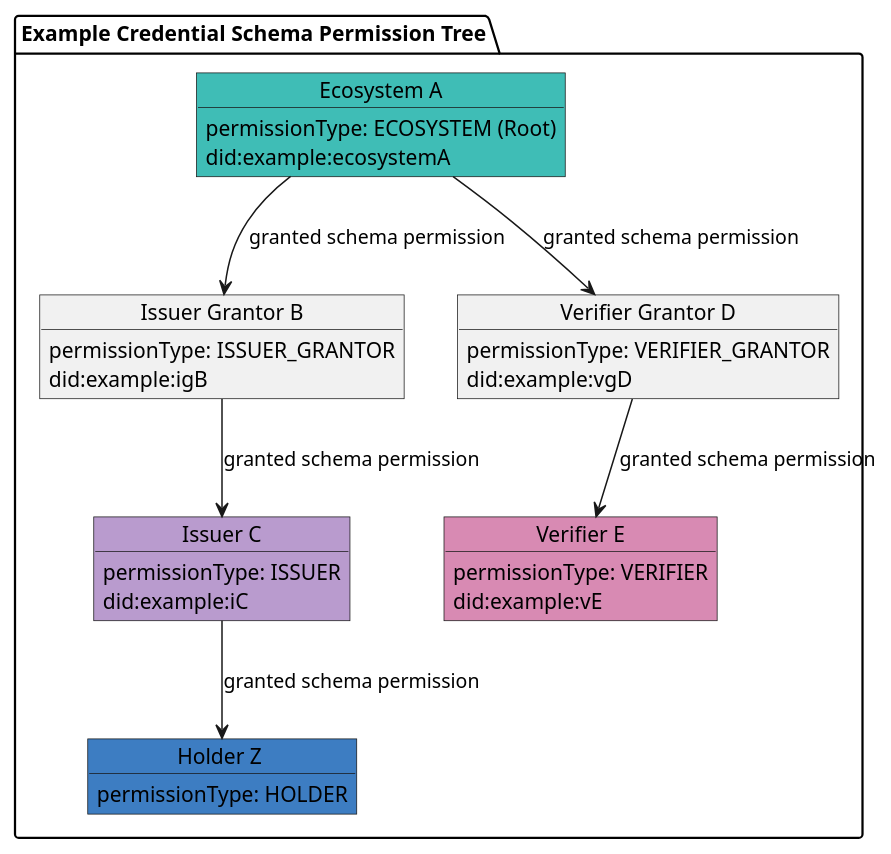
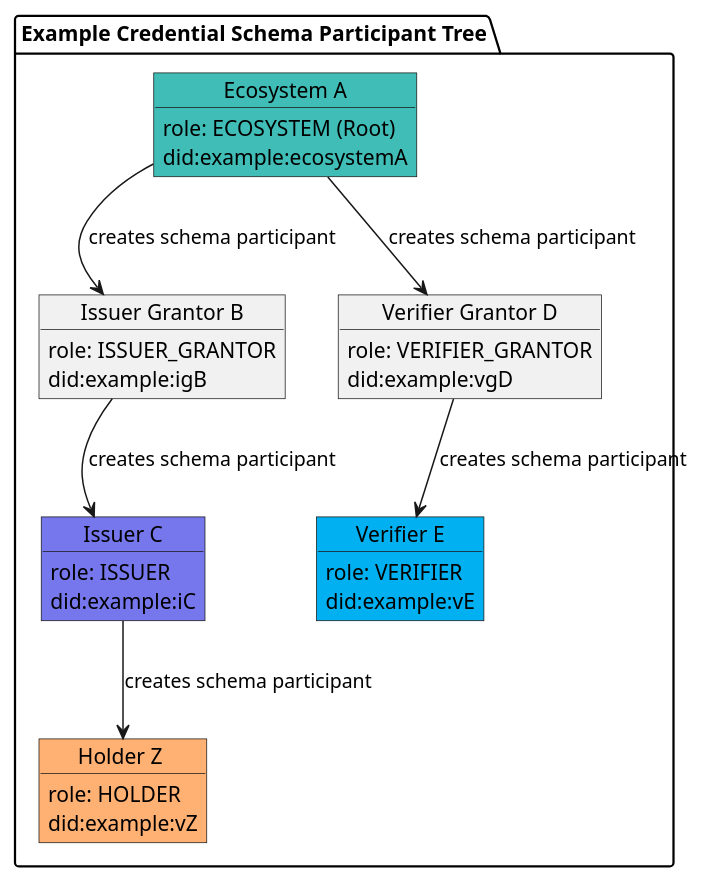
The first of 5 diagrams in docs/learn/verifiable-public-registry/60-onboarding-participants.md (verana-labs/verana-docs), drawn with PlantUML before and after one commit. The commit also changed other lines of this file and 159 other files, not shown here.

````diff
--- a/docs/learn/verifiable-public-registry/60-onboarding-participants.md
+++ b/docs/learn/verifiable-public-registry/60-onboarding-participants.md
@@ -24,46 +24,47 @@
 ```plantuml
 
 @startuml
 scale max 800 width
  
-package "Example Credential Schema Permission Tree" as cs {
+package "Example Credential Schema Participant Tree" as cs {
 
     object "Ecosystem A" as tr #3fbdb6 {
-        permissionType: ECOSYSTEM (Root)
+        role: ECOSYSTEM (Root)
         did:example:ecosystemA
     }
     object "Issuer Grantor B" as ig {
-        permissionType: ISSUER_GRANTOR
+        role: ISSUER_GRANTOR
         did:example:igB
     }
-    object "Issuer C" as issuer #b99bce  {
-        permissionType: ISSUER
+    object "Issuer C" as issuer #7677ed  {
+        role: ISSUER
         did:example:iC
     }
     object "Verifier Grantor D" as vg {
-        permissionType: VERIFIER_GRANTOR
+        role: VERIFIER_GRANTOR
         did:example:vgD
     }
-    object "Verifier E" as verifier #D88AB3 {
-        permissionType: VERIFIER
+    object "Verifier E" as verifier #00b0f0 {
+        role: VERIFIER
         did:example:vE
     }
 
-    object "Holder Z " as holder #3D7DC2 {
-        permissionType: HOLDER
+    object "Holder Z " as holder #FFB073 {
+        role: HOLDER
+        did:example:vZ
     }
 }
 
 
 
-tr --> ig : granted schema permission
-ig --> issuer : granted schema permission
+tr --> ig : creates schema participant
+ig --> issuer : creates schema participant
 
-tr --> vg : granted schema permission
-vg --> verifier : granted schema permission
+tr --> vg : creates schema participant
+vg --> verifier : creates schema participant
 
-issuer --> holder: granted schema permission
+issuer --> holder: creates schema participant
 
 @enduml
 
 ```
````
